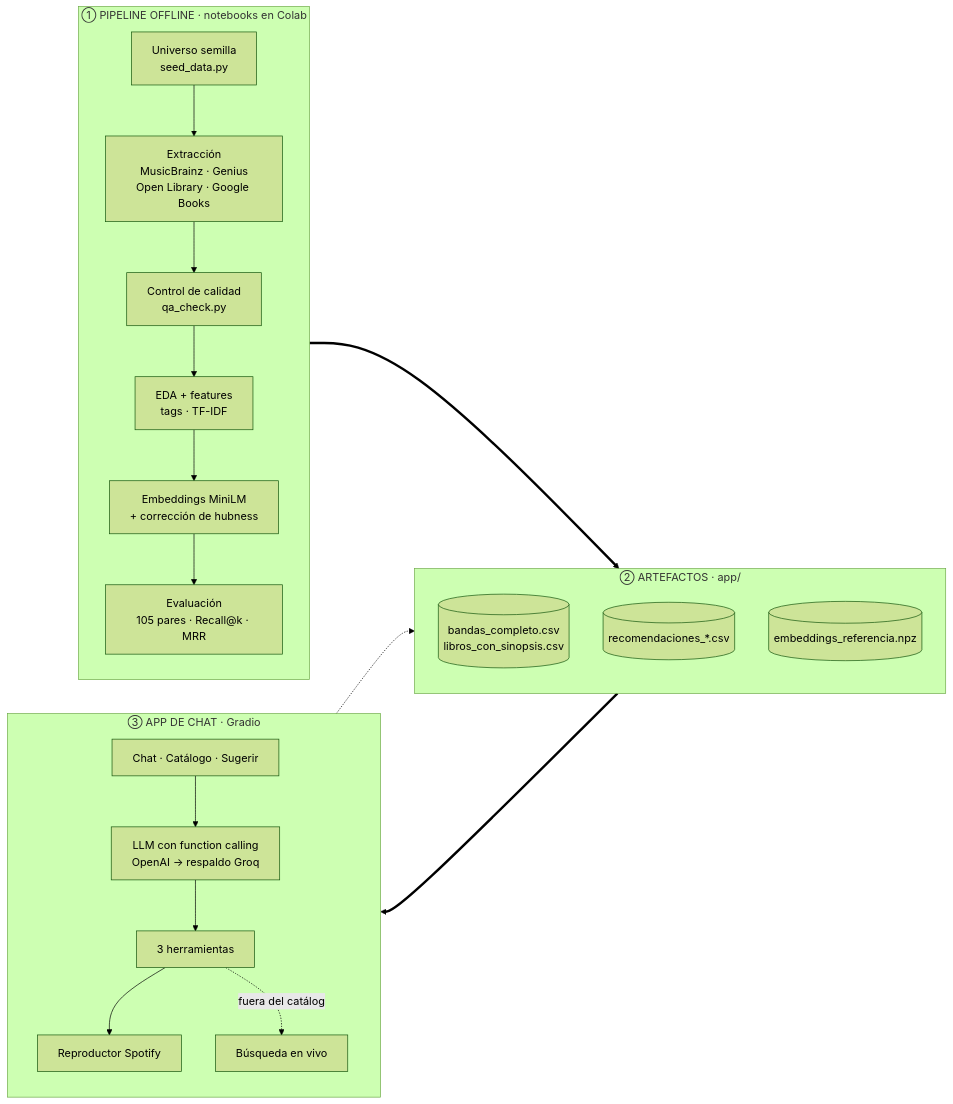
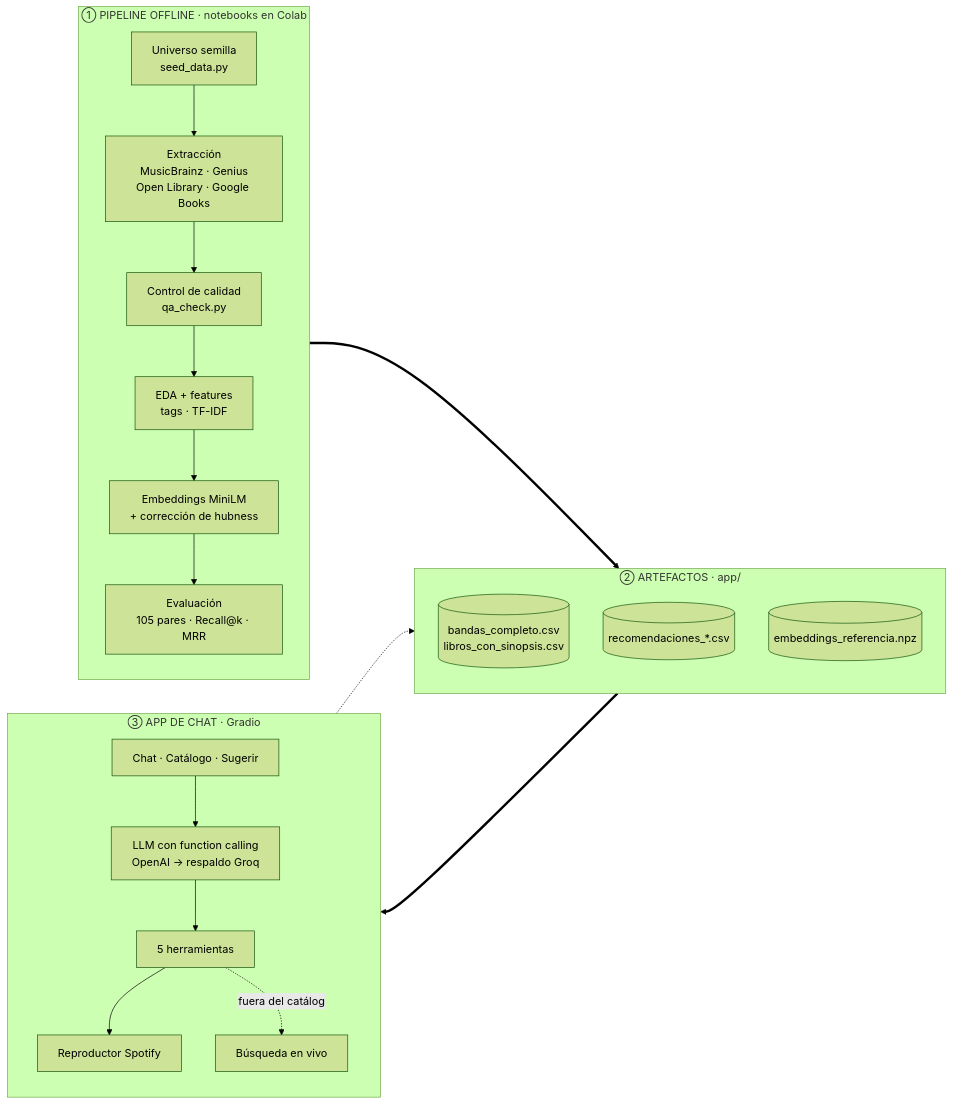
Before and after one commit to virycassales/Inkriff: the first of 2 diagrams in README.md, drawn with Mermaid (forest theme). The commit also changed other lines of this file and 7 other files, not shown here.

````diff
--- a/README.md
+++ b/README.md
@@ -46,30 +48,30 @@
 ```mermaid
 flowchart LR
     subgraph Offline["① PIPELINE OFFLINE · notebooks en Colab"]
         direction TB
         SEED[Universo semilla<br/>seed_data.py] --> EXT[Extracción<br/>MusicBrainz · Genius<br/>Open Library · Google Books]
         EXT --> QA[Control de calidad<br/>qa_check.py]
         QA --> EDA[EDA + features<br/>tags · TF-IDF]
         EDA --> MOD[Embeddings MiniLM<br/>+ corrección de hubness]
         MOD --> EVAL[Evaluación<br/>105 pares · Recall@k · MRR]
     end
 
     subgraph Art["② ARTEFACTOS · app/"]
         direction TB
         CAT[(bandas_completo.csv<br/>libros_con_sinopsis.csv)]
         REC[(recomendaciones_*.csv)]
         EMB[(embeddings_referencia.npz)]
     end
 
     subgraph App["③ APP DE CHAT · Gradio"]
         direction TB
         UI[Chat · Catálogo · Sugerir] --> LLM[LLM con function calling<br/>OpenAI → respaldo Groq]
-        LLM --> TOOLS[3 herramientas]
+        LLM --> TOOLS[5 herramientas]
         TOOLS --> SPOT[Reproductor Spotify]
         TOOLS -.fuera del catálogo.-> LIVE[Búsqueda en vivo]
     end
 
     Offline ==> Art
     Art ==> TOOLS
     LIVE -.-> EMB
 ```
````
